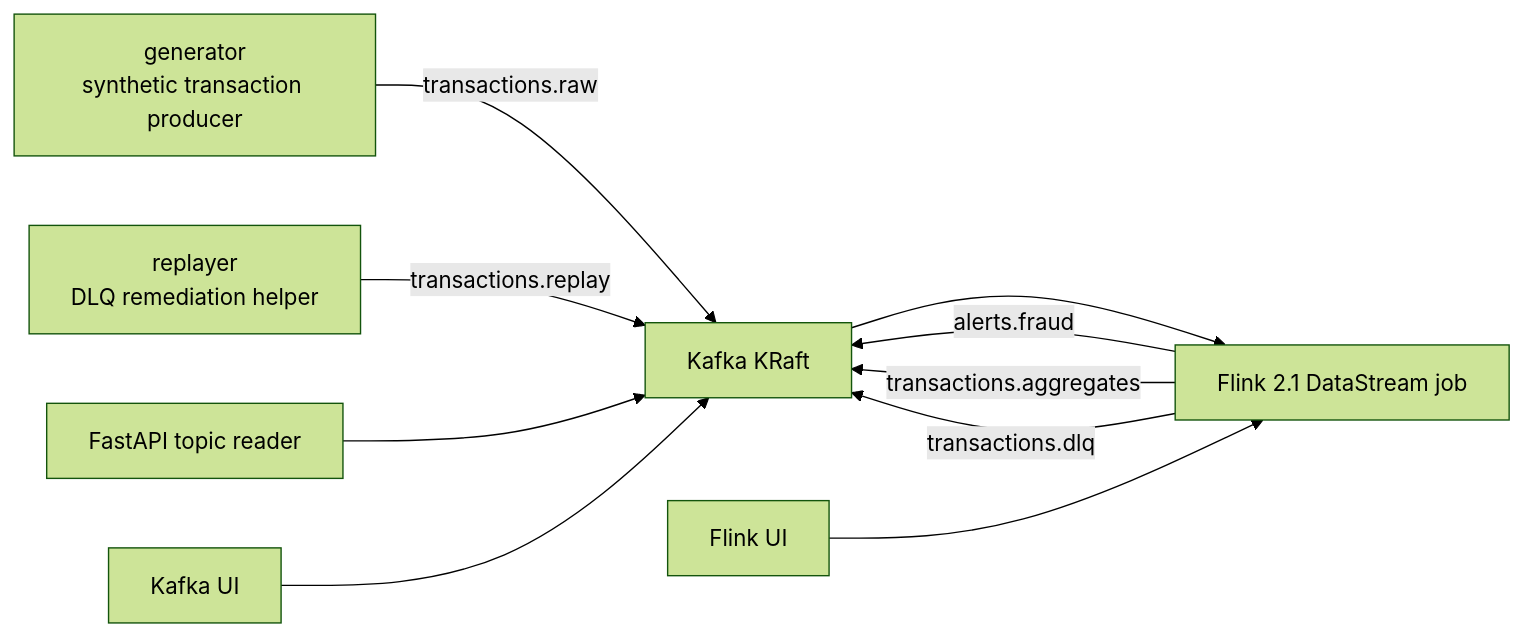
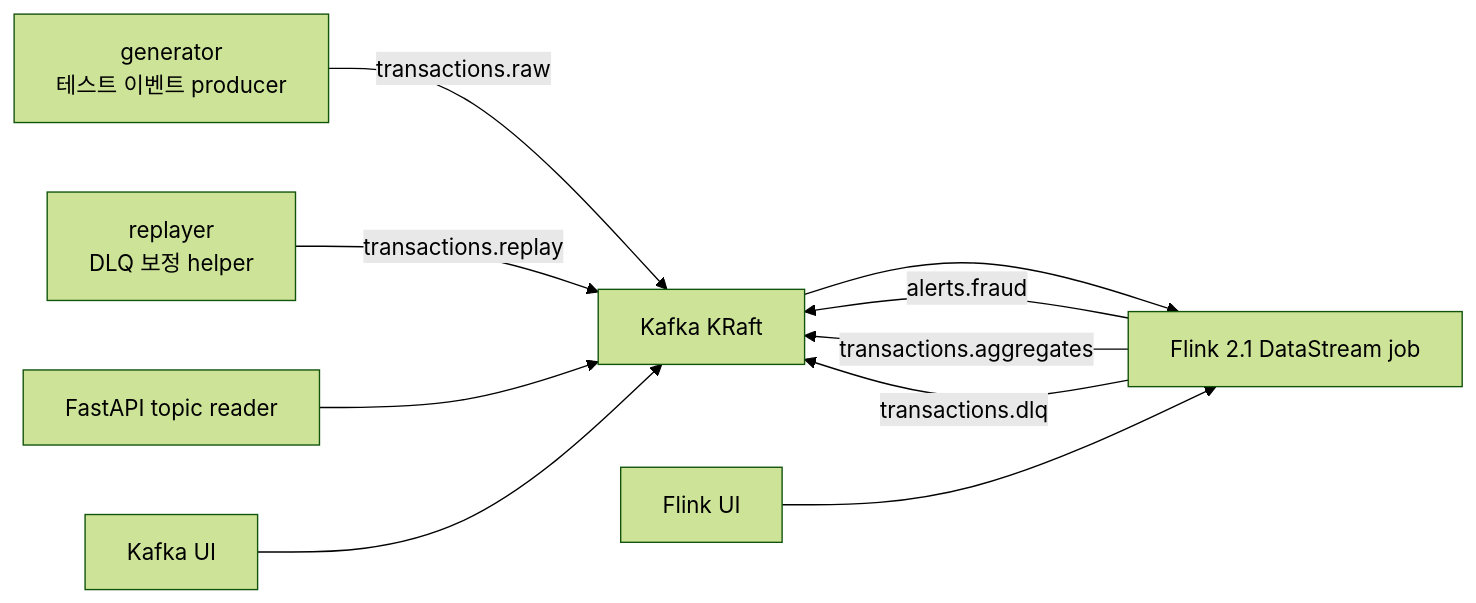
One commit to jaejungscene/flink-kafka-realtime-lab changed the diagram in docs/project-structure.md. Above: the diagram before and after it, drawn with Mermaid (forest theme). The commit also changed other lines of this file and 10 other files, not shown here.

````diff
--- a/docs/project-structure.md
+++ b/docs/project-structure.md
@@ -11,12 +11,12 @@
 ```mermaid
 flowchart LR
-    Generator["generator<br/>synthetic transaction producer"] -->|transactions.raw| Kafka["Kafka KRaft"]
-    Replayer["replayer<br/>DLQ remediation helper"] -->|transactions.replay| Kafka
+    Generator["generator<br/>테스트 이벤트 producer"] -->|transactions.raw| Kafka["Kafka KRaft"]
+    Replayer["replayer<br/>DLQ 보정 helper"] -->|transactions.replay| Kafka
     Kafka --> Flink["Flink 2.1 DataStream job"]
     Flink -->|alerts.fraud| Kafka
     Flink -->|transactions.aggregates| Kafka
     Flink -->|transactions.dlq| Kafka
     API["FastAPI topic reader"] --> Kafka
     KafkaUI["Kafka UI"] --> Kafka
     FlinkUI["Flink UI"] --> Flink
 ```
````
